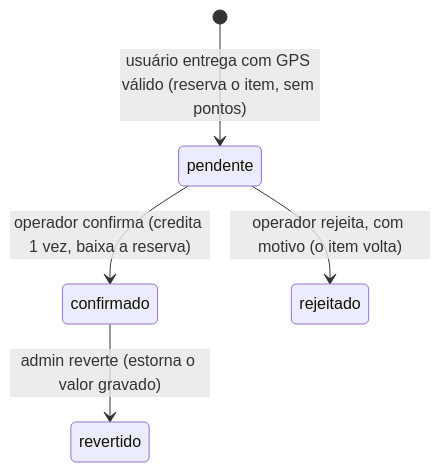
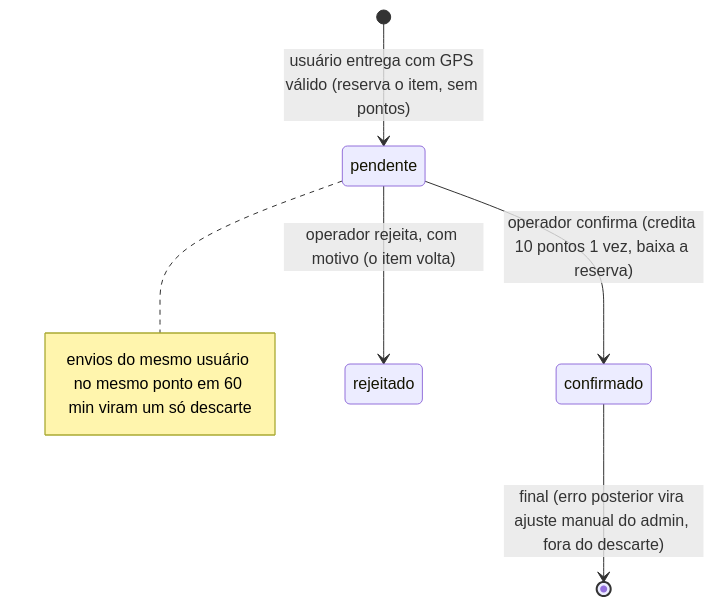
One commit to Residuum-Organization/residuum-documentacao changed the second of 7 diagrams in docs/02-arquitetura/diagramas.md. Above: the diagram before and after it, drawn with Mermaid. The commit also changed other lines of this file, not shown here.

Commit message:
docs(arquitetura): diagrama do descarte sem estorno e com a janela de 60 min

````diff
--- a/docs/02-arquitetura/diagramas.md
+++ b/docs/02-arquitetura/diagramas.md
@@ -25,7 +25,8 @@
 ```mermaid
 stateDiagram-v2
   [*] --> pendente: usuário entrega com GPS válido (reserva o item, sem pontos)
-  pendente --> confirmado: operador confirma (credita 1 vez, baixa a reserva)
+  pendente --> confirmado: operador confirma (credita 10 pontos 1 vez, baixa a reserva)
   pendente --> rejeitado: operador rejeita, com motivo (o item volta)
-  confirmado --> revertido: admin reverte (estorna o valor gravado)
+  confirmado --> [*]: final (erro posterior vira ajuste manual do admin, fora do descarte)
+  note right of pendente: envios do mesmo usuário no mesmo ponto em 60 min viram um só descarte
 ```
````
